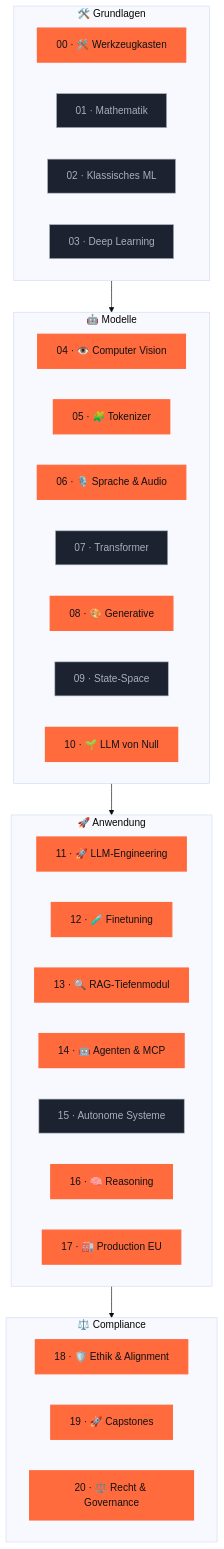
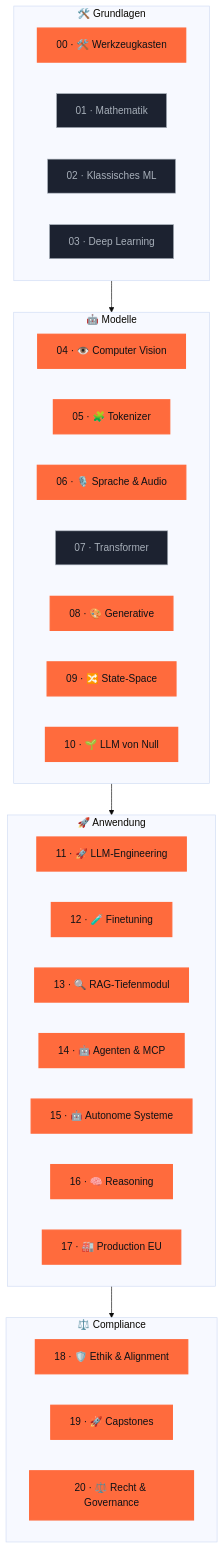
The second of 3 diagrams in README.md (s-a-s-k-i-a/ki-engineering-werkstatt), drawn with Mermaid (base theme) before and after one commit. The commit also changed other lines of this file and 14 other files, not shown here.

````diff
--- a/README.md
+++ b/README.md
@@ -242,45 +242,45 @@
 ```mermaid
 flowchart TB
   subgraph G[" 🛠️ Grundlagen "]
     direction LR
     P00[00 · 🛠️ Werkzeugkasten]:::done
     P01[01 · Mathematik]:::planned
     P02[02 · Klassisches ML]:::planned
     P03[03 · Deep Learning]:::planned
   end
 
   subgraph M[" 🤖 Modelle "]
     direction LR
     P04[04 · 👁️ Computer Vision]:::done
     P05[05 · 🧩 Tokenizer]:::done
     P06[06 · 🎙️ Sprache & Audio]:::done
     P07[07 · Transformer]:::planned
     P08[08 · 🎨 Generative]:::done
-    P09[09 · State-Space]:::planned
+    P09[09 · 🔀 State-Space]:::done
     P10[10 · 🌱 LLM von Null]:::done
   end
 
   subgraph A[" 🚀 Anwendung "]
     direction LR
     P11[11 · 🚀 LLM-Engineering]:::done
     P12[12 · 🧪 Finetuning]:::done
     P13[13 · 🔍 RAG-Tiefenmodul]:::done
     P14[14 · 🤖 Agenten & MCP]:::done
-    P15[15 · Autonome Systeme]:::planned
+    P15[15 · 🤖 Autonome Systeme]:::done
     P16[16 · 🧠 Reasoning]:::done
     P17[17 · 🏭 Production EU]:::done
   end
 
   subgraph C[" ⚖️ Compliance "]
     direction LR
     P18[18 · 🛡️ Ethik & Alignment]:::done
     P19[19 · 🚀 Capstones]:::done
     P20[20 · ⚖️ Recht & Governance]:::done
   end
 
   G --> M --> A --> C
 
   classDef done fill:#FF6B3D,color:#0E1116,stroke:#FF6B3D,stroke-width:2px
   classDef wip fill:#3D8BFF,color:#FFF,stroke:#3D8BFF,stroke-width:2px,stroke-dasharray:5
   classDef planned fill:#1c2230,color:#A8B0BA,stroke:#A8B0BA,stroke-width:1px
 ```
````
